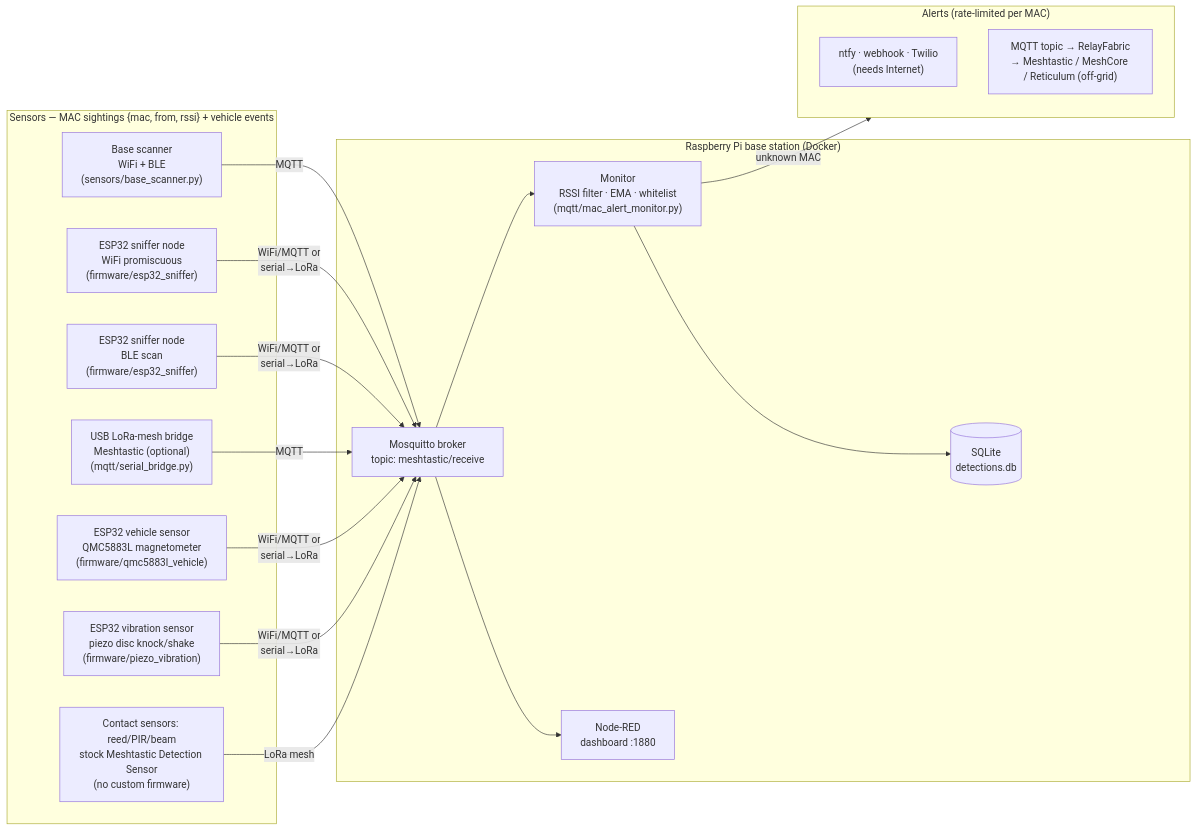
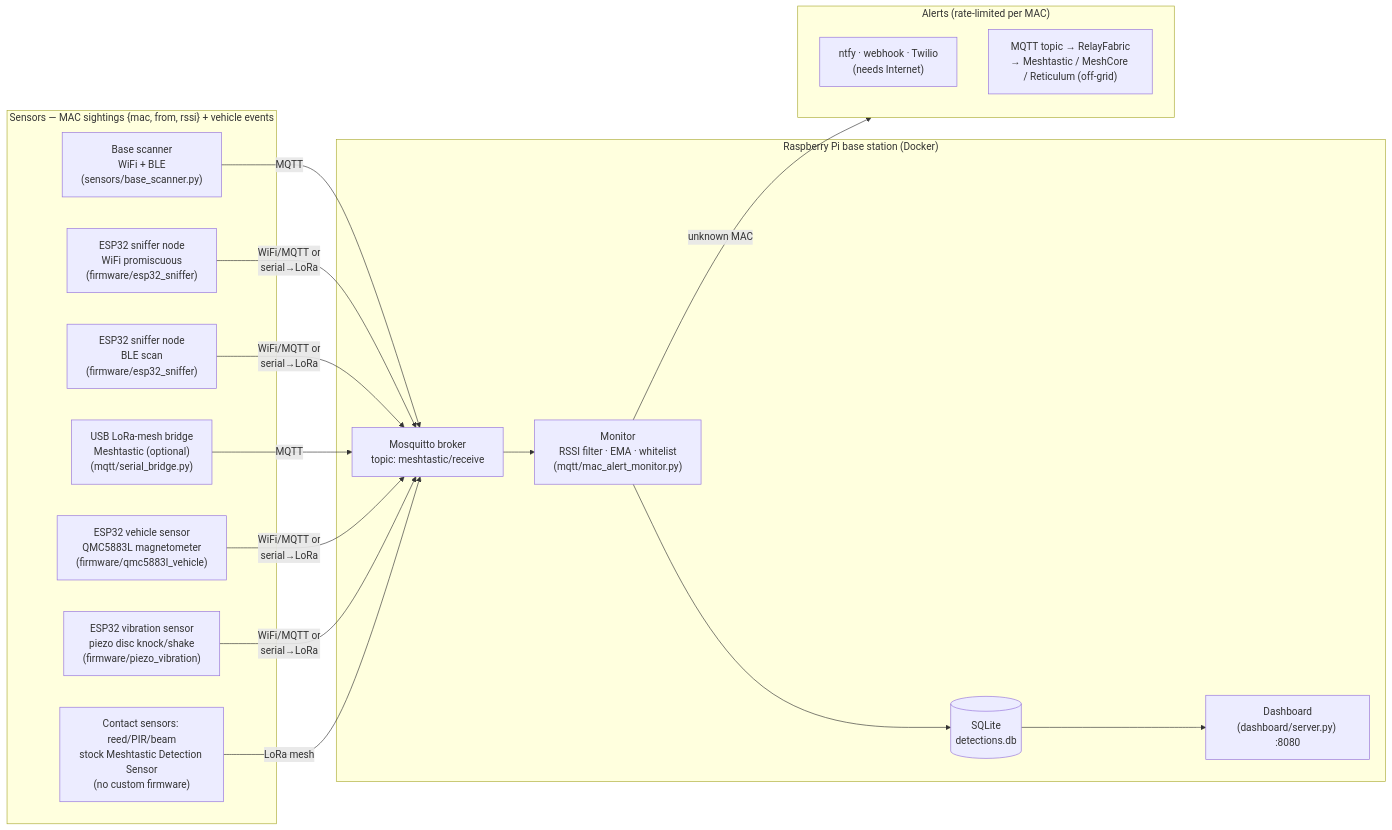
The diagram in README.md (OutandBack/meshtripwire), drawn with Mermaid before and after one commit. The commit also changed other lines of this file and 9 other files, not shown here.

First line of the commit message:
Replace Node-RED with a built-in stdlib dashboard

````diff
--- a/README.md
+++ b/README.md
@@ -9,36 +9,36 @@
 ```mermaid
 flowchart LR
     subgraph sensors["Sensors — MAC sightings {mac, from, rssi} + vehicle events"]
         S1["Base scanner<br/>WiFi + BLE<br/>(sensors/base_scanner.py)"]
         S2["ESP32 sniffer node<br/>WiFi promiscuous<br/>(firmware/esp32_sniffer)"]
         S4["ESP32 sniffer node<br/>BLE scan<br/>(firmware/esp32_sniffer)"]
         S3["USB LoRa-mesh bridge<br/>Meshtastic (optional)<br/>(mqtt/serial_bridge.py)"]
         S5["ESP32 vehicle sensor<br/>QMC5883L magnetometer<br/>(firmware/qmc5883l_vehicle)"]
         S6["ESP32 vibration sensor<br/>piezo disc knock/shake<br/>(firmware/piezo_vibration)"]
         S7["Contact sensors: reed/PIR/beam<br/>stock Meshtastic Detection Sensor<br/>(no custom firmware)"]
     end
 
     S1 -->|MQTT| BROKER
     S2 -->|WiFi/MQTT or<br/>serial→LoRa| BROKER
     S4 -->|WiFi/MQTT or<br/>serial→LoRa| BROKER
     S3 -->|MQTT| BROKER
     S5 -->|WiFi/MQTT or<br/>serial→LoRa| BROKER
     S6 -->|WiFi/MQTT or<br/>serial→LoRa| BROKER
     S7 -->|LoRa mesh| BROKER
 
     subgraph base["Raspberry Pi base station (Docker)"]
         BROKER["Mosquitto broker<br/>topic: meshtastic/receive"]
         MON["Monitor<br/>RSSI filter · EMA · whitelist<br/>(mqtt/mac_alert_monitor.py)"]
         DB[("SQLite<br/>detections.db")]
-        NR["Node-RED<br/>dashboard :1880"]
+        NR["Dashboard<br/>(dashboard/server.py) :8080"]
         BROKER --> MON
-        BROKER --> NR
         MON --> DB
+        DB --> NR
     end
 
     MON -->|unknown MAC| ALERTS
     subgraph ALERTS["Alerts (rate-limited per MAC)"]
         A1["ntfy · webhook · Twilio<br/>(needs Internet)"]
         A2["MQTT topic → RelayFabric<br/>→ Meshtastic / MeshCore / Reticulum (off-grid)"]
     end
 ```
````
